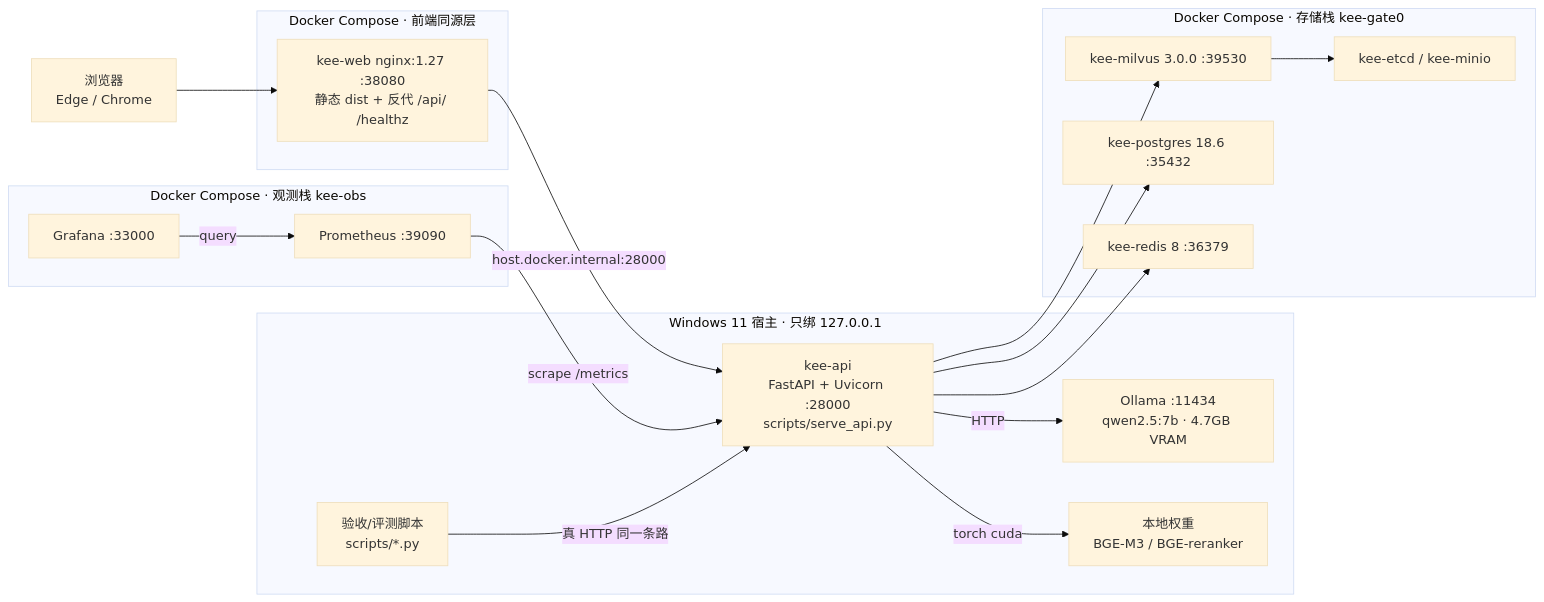
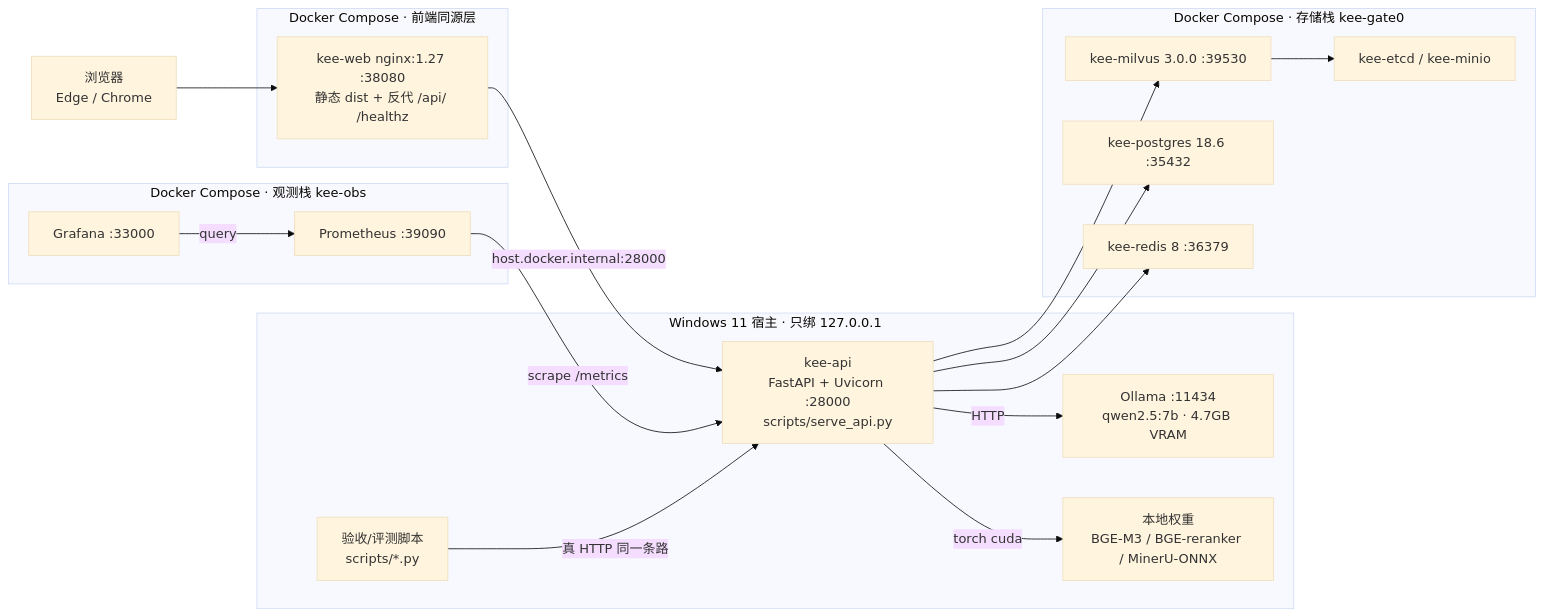
Before and after one commit to young0617-02/know-effect-engine: the first of 4 diagrams in Material/架构图文档.md, drawn with Mermaid (base theme). The commit also changed other lines of this file and 22 other files, not shown here.

First line of the commit message:
refactor(ingest): 移除 VLM，图片/图表回归本地 MinerU OCR

````diff
--- a/Material/架构图文档.md
+++ b/Material/架构图文档.md
@@ -37,39 +38,39 @@
 ```mermaid
 flowchart LR
   BR["浏览器<br/>Edge / Chrome"]
 
   subgraph HOST["Windows 11 宿主 · 只绑 127.0.0.1"]
     API["kee-api<br/>FastAPI + Uvicorn :28000<br/>scripts/serve_api.py"]
     WARM["验收/评测脚本<br/>scripts/*.py"]
     OLLAMA["Ollama :11434<br/>qwen2.5:7b · 4.7GB VRAM"]
-    WEIGHTS["本地权重<br/>BGE-M3 / BGE-reranker"]
+    WEIGHTS["本地权重<br/>BGE-M3 / BGE-reranker / MinerU-ONNX"]
   end
 
   subgraph NG["Docker Compose · 前端同源层"]
     WEB["kee-web nginx:1.27 :38080<br/>静态 dist + 反代 /api/ /healthz"]
   end
 
   subgraph STACK["Docker Compose · 存储栈 kee-gate0"]
     MILVUS["kee-milvus 3.0.0 :39530"]
     ETCD["kee-etcd / kee-minio"]
     PG["kee-postgres 18.6 :35432"]
     REDIS["kee-redis 8 :36379"]
   end
 
   subgraph OBS["Docker Compose · 观测栈 kee-obs"]
     PROM["Prometheus :39090"]
     GRAF["Grafana :33000"]
   end
 
   BR --> WEB
   WEB -->|host.docker.internal:28000| API
   API --> MILVUS
   API --> PG
   API --> REDIS
   API -->|HTTP| OLLAMA
   API -->|torch cuda| WEIGHTS
   MILVUS --> ETCD
   PROM -->|scrape /metrics| API
   GRAF -->|query| PROM
   WARM -->|真 HTTP 同一条路| API
 ```
````
